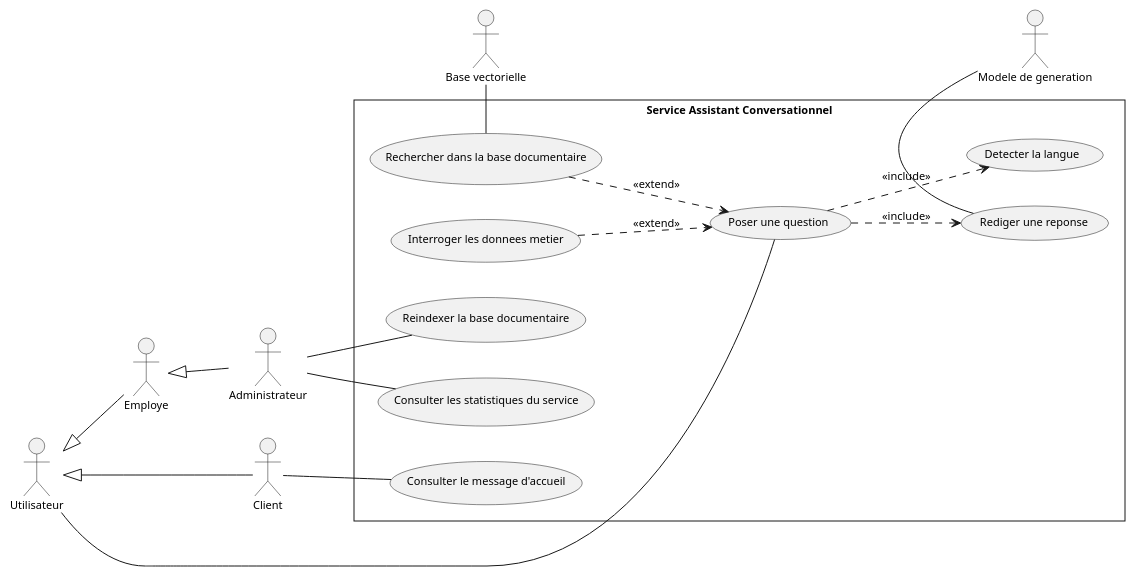
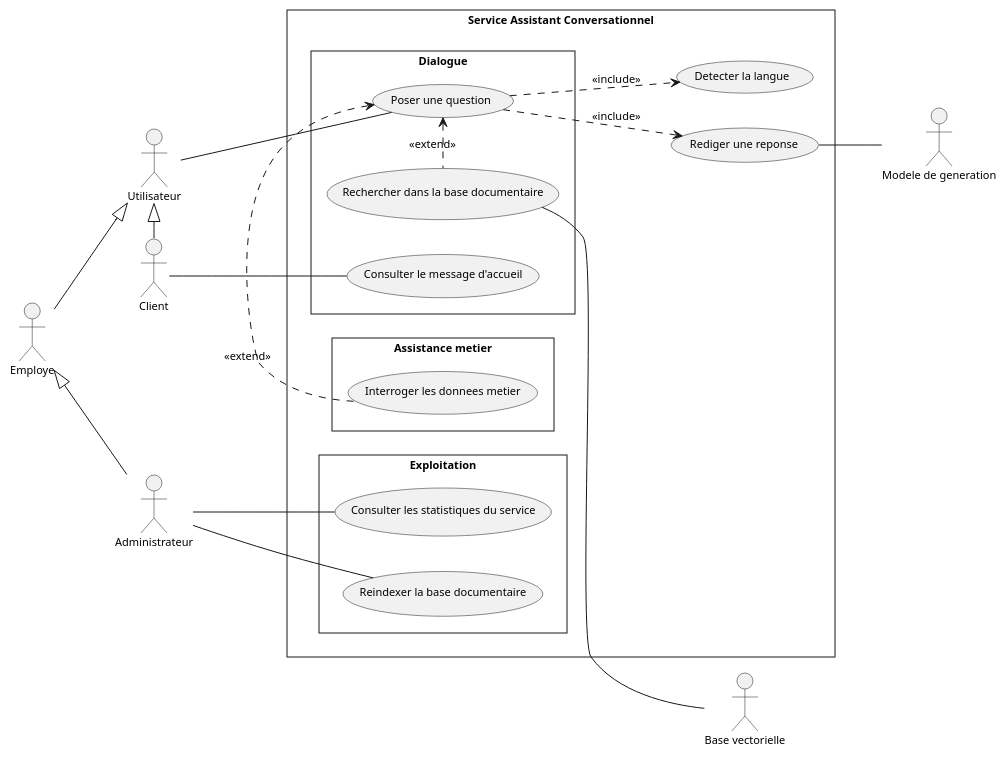
Before and after one commit to saber-barhoumi/Xpark-gmao: the diagram in docs/diagrams/microservices/Ayshaa-RAG/Ayshaa-RAG-usecase.puml, drawn with PlantUML. The commit also changed 12 other files, not shown here.

```diff
--- a/docs/diagrams/microservices/Ayshaa-RAG/Ayshaa-RAG-usecase.puml
+++ b/docs/diagrams/microservices/Ayshaa-RAG/Ayshaa-RAG-usecase.puml
@@ -1,52 +1,59 @@
 @startuml
 skinparam style strictuml
 skinparam packageStyle rectangle
 skinparam shadowing false
 skinparam defaultFontName Verdana
 skinparam defaultFontSize 11
 skinparam backgroundColor #FFFFFF
 left to right direction
 
-' Acteurs principaux, empiles a gauche du plus general au plus specialise
+' Acteurs, alignes a gauche : les porteurs d'associations sont
+' accoles a la frontiere, les acteurs structurels a leur gauche
 actor "Utilisateur" as Utilisateur
 actor "Employe" as Employe
 actor "Client" as Client
 actor "Administrateur" as Administrateur
 
 ' Generalisation : triangle creux, de l'enfant vers le parent
-Employe -up-|> Utilisateur
-Client -up-|> Utilisateur
+Employe -down-|> Utilisateur
+Client -left-|> Utilisateur
 Administrateur -up-|> Employe
 
 rectangle "Service Assistant Conversationnel" {
-  usecase "Poser une question" as UC_Poser_une_question
+  package "Dialogue" {
+    usecase "Poser une question" as UC_Poser_une_question
+    usecase "Rechercher dans la base documentaire" as UC_Rechercher_dans_la_base_documentai
+    usecase "Consulter le message d'accueil" as UC_Consulter_le_message_d_accueil
+  }
+  package "Assistance metier" {
+    usecase "Interroger les donnees metier" as UC_Interroger_les_donnees_metier
+  }
+  package "Exploitation" {
+    usecase "Reindexer la base documentaire" as UC_Reindexer_la_base_documentaire
+    usecase "Consulter les statistiques du service" as UC_Consulter_les_statistiques_du_serv
+  }
   usecase "Detecter la langue" as UC_Detecter_la_langue
   usecase "Rediger une reponse" as UC_Rediger_une_reponse
-  usecase "Rechercher dans la base documentaire" as UC_Rechercher_dans_la_base_documentai
-  usecase "Interroger les donnees metier" as UC_Interroger_les_donnees_metier
-  usecase "Consulter le message d'accueil" as UC_Consulter_le_message_d_accueil
-  usecase "Reindexer la base documentaire" as UC_Reindexer_la_base_documentaire
-  usecase "Consulter les statistiques du service" as UC_Consulter_les_statistiques_du_serv
 }
 
 ' Acteurs secondaires, a droite, hors de la frontiere
 actor "Base vectorielle" as Qdrant
 actor "Modele de generation" as Ollama
 
 ' Associations : trait continu sans fleche (relation d'association)
 Utilisateur -- UC_Poser_une_question
 Client -- UC_Consulter_le_message_d_accueil
 Administrateur -- UC_Reindexer_la_base_documentaire
 Administrateur -- UC_Consulter_les_statistiques_du_serv
 
-UC_Rechercher_dans_la_base_documentai -right- Qdrant
-UC_Rediger_une_reponse -right- Ollama
+UC_Rechercher_dans_la_base_documentai -down- Qdrant
+UC_Rediger_une_reponse -down- Ollama
 
 ' << include >> : du cas de base vers le cas obligatoire
 UC_Poser_une_question ..> UC_Detecter_la_langue : << include >>
 UC_Poser_une_question ..> UC_Rediger_une_reponse : << include >>
 ' << extend >> : du cas optionnel vers le cas de base
-UC_Rechercher_dans_la_base_documentai ..> UC_Poser_une_question : << extend >>
-UC_Interroger_les_donnees_metier ..> UC_Poser_une_question : << extend >>
+UC_Rechercher_dans_la_base_documentai .left.> UC_Poser_une_question : << extend >>
+UC_Interroger_les_donnees_metier .left.> UC_Poser_une_question : << extend >>
 
 @enduml
```
